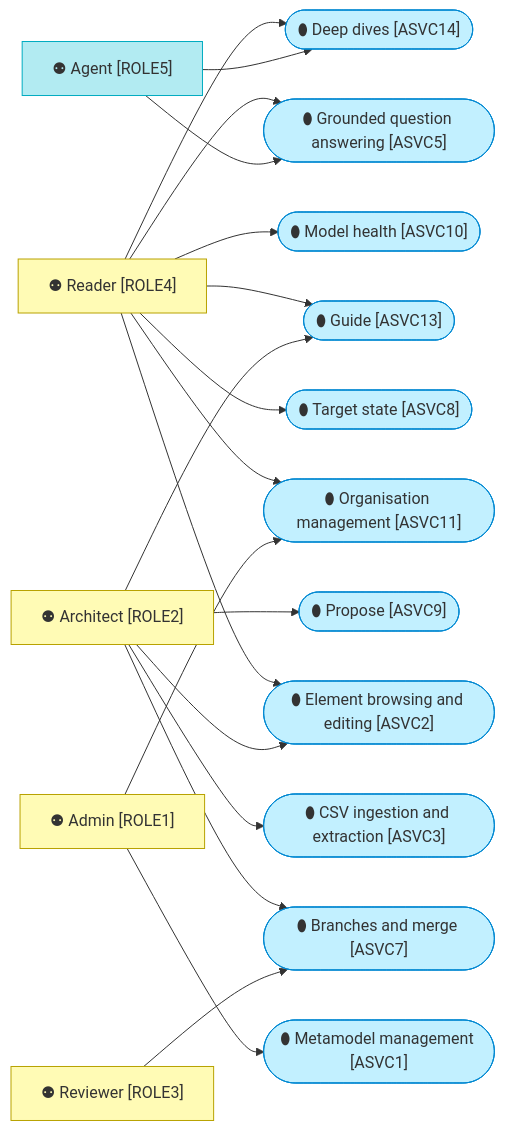
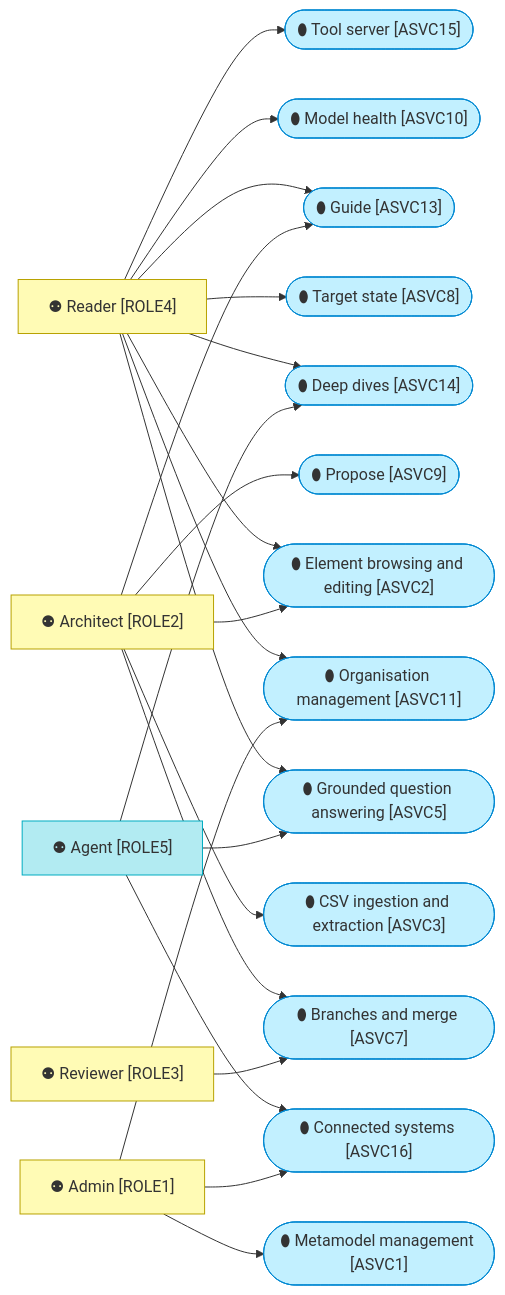
One commit to roanboc/dbx-enterprise-architecture changed the second of 4 diagrams in architecture/4_application/1_application-services.md. Above: the diagram before and after it, drawn with Mermaid. The commit also changed other lines of this file and 15 other files, not shown here.

First line of the commit message:
docs(architecture): initiative 26 built — the application and technology layers aligned, GAP7, GAP28 and GAP29 closed

````diff
--- a/architecture/4_application/1_application-services.md
+++ b/architecture/4_application/1_application-services.md
@@ -27,40 +27,45 @@
 ```mermaid
 flowchart LR
   reader["⚉ Reader [ROLE4]"]:::business
   arch["⚉ Architect [ROLE2]"]:::business
   rev["⚉ Reviewer [ROLE3]"]:::business
   admin["⚉ Admin [ROLE1]"]:::business
   agent["⚉ Agent [ROLE5]"]:::ai
   s1(["⬮ Metamodel management [ASVC1]"]):::application
   s2(["⬮ Element browsing and editing [ASVC2]"]):::application
   s3(["⬮ CSV ingestion and extraction [ASVC3]"]):::application
   s5(["⬮ Grounded question answering [ASVC5]"]):::application
   s7(["⬮ Branches and merge [ASVC7]"]):::application
   s8(["⬮ Target state [ASVC8]"]):::application
   s9(["⬮ Propose [ASVC9]"]):::application
   s10(["⬮ Model health [ASVC10]"]):::application
   s11(["⬮ Organisation management [ASVC11]"]):::application
   s13(["⬮ Guide [ASVC13]"]):::application
   s14(["⬮ Deep dives [ASVC14]"]):::application
+  s15(["⬮ Tool server [ASVC15]"]):::application
+  s16(["⬮ Connected systems [ASVC16]"]):::application
   reader --> s2
   reader --> s5
   reader --> s8
   reader --> s10
   reader --> s11
   reader --> s13
   reader --> s14
   arch --> s2
   arch --> s3
   arch --> s7
   arch --> s9
   arch --> s13
   rev --> s7
   admin --> s1
   admin --> s11
   agent --> s5
   agent --> s14
+  agent --> s16
+  reader --> s15
+  admin --> s16
 
   classDef business fill:#fffbb5,stroke:#b8a200,color:#333
   classDef application fill:#c2f0ff,stroke:#0288d1,color:#333
   classDef ai fill:#b2ebf2,stroke:#00acc1,color:#333
 ```
````
